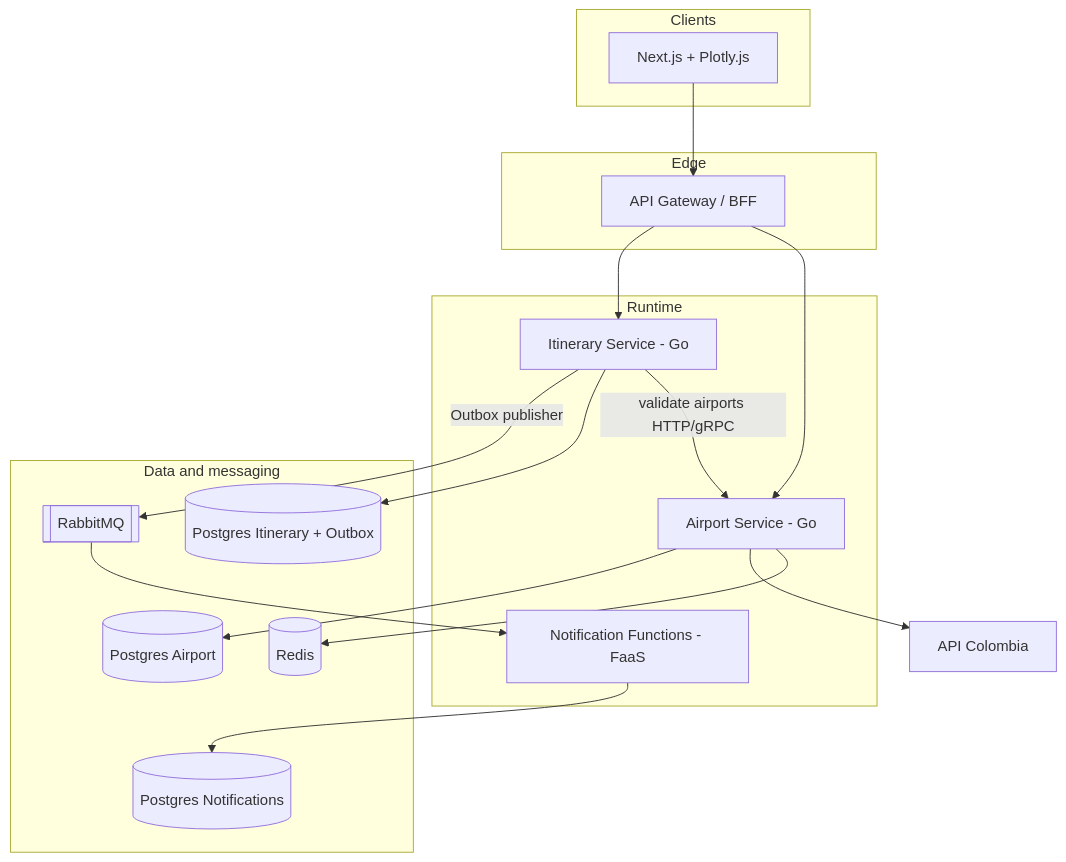
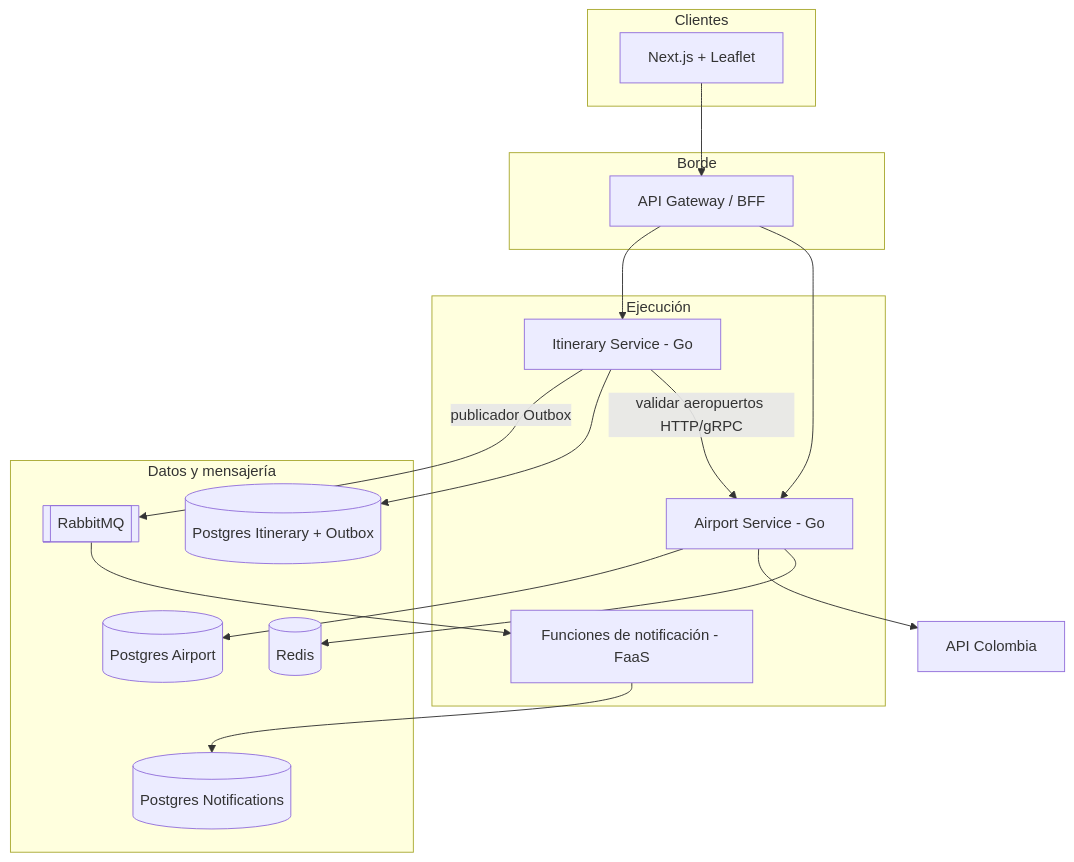
The diagram in wiki/Architecture-overview.md (bue221/proyecto-arquitectura-software-emergente), drawn with Mermaid before and after one commit. The commit also changed other lines of this file and 38 other files, not shown here.

````diff
--- a/wiki/Architecture-overview.md
+++ b/wiki/Architecture-overview.md
@@ -20,38 +20,38 @@
 ```mermaid
 flowchart TB
-  subgraph clients [Clients]
-    WEB[Next.js + Plotly.js]
+  subgraph clients [Clientes]
+    WEB[Next.js + Leaflet]
   end
 
-  subgraph edge [Edge]
+  subgraph edge [Borde]
     GW[API Gateway / BFF]
   end
 
-  subgraph runtime [Runtime]
+  subgraph runtime [Ejecución]
     AIR[Airport Service - Go]
     ITI[Itinerary Service - Go]
-    FAAS[Notification Functions - FaaS]
+    FAAS[Funciones de notificación - FaaS]
   end
 
-  subgraph data [Data and messaging]
+  subgraph data [Datos y mensajería]
     R[(Redis)]
     DB1[(Postgres Airport)]
     DB2[(Postgres Itinerary + Outbox)]
     DB3[(Postgres Notifications)]
     MQ[[RabbitMQ]]
   end
 
   EXT[API Colombia]
 
   WEB --> GW
   GW --> AIR
   GW --> ITI
-  ITI -->|validate airports HTTP/gRPC| AIR
+  ITI -->|validar aeropuertos HTTP/gRPC| AIR
   AIR --> R
   AIR --> EXT
   AIR --> DB1
   ITI --> DB2
-  ITI -->|Outbox publisher| MQ
+  ITI -->|publicador Outbox| MQ
   MQ --> FAAS
   FAAS --> DB3
 ```
````
